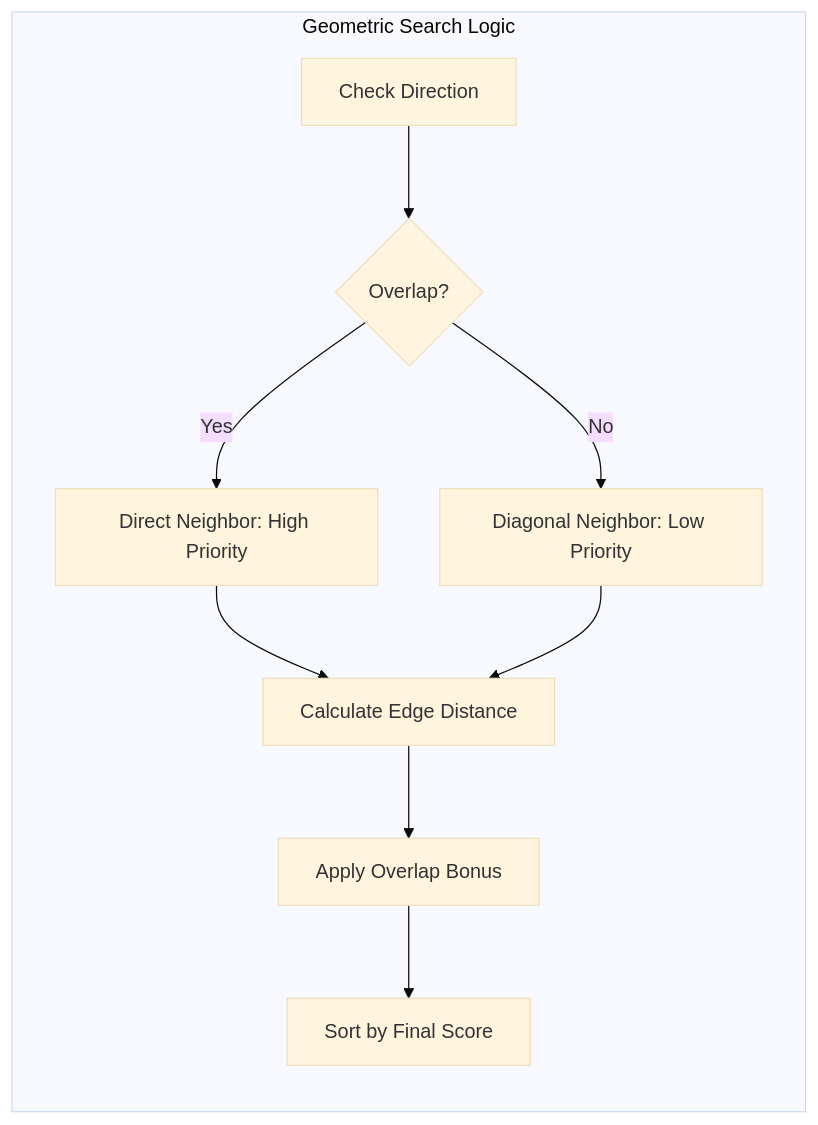
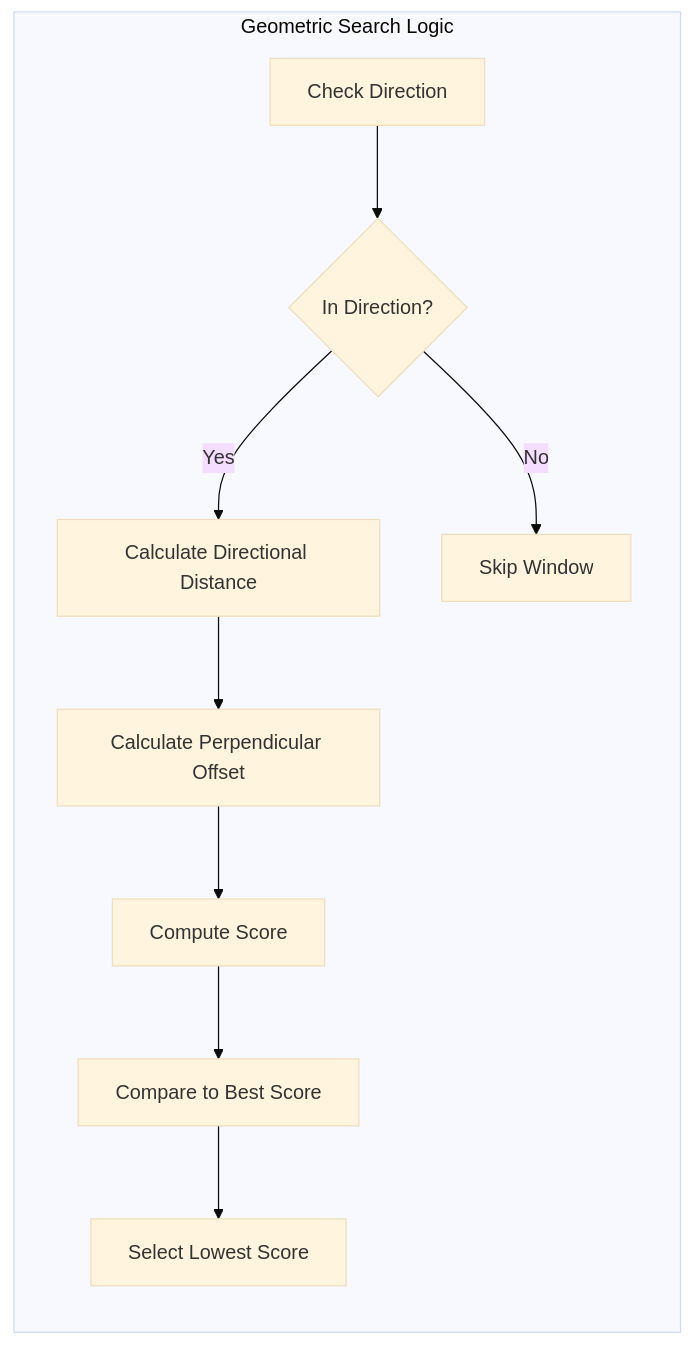
One commit to outliyr/outliyr-docs changed the diagram in outliyr-framework/docs/base-lyra-modified/ui/item-container-ui-system/geometric-navigation/geometric-algorithm.md. Above: the diagram before and after it, drawn with Mermaid (base theme). The commit also changed other lines of this file and 33 other files, not shown here.

````diff
--- a/outliyr-framework/docs/base-lyra-modified/ui/item-container-ui-system/geometric-navigation/geometric-algorithm.md
+++ b/outliyr-framework/docs/base-lyra-modified/ui/item-container-ui-system/geometric-navigation/geometric-algorithm.md
@@ -54,14 +100,13 @@
 ```mermaid
 graph LR
     subgraph Search ["Geometric Search Logic"]
-        A[Check Direction] --> B{Overlap?}
-        B -->|Yes| C[Direct Neighbor: High Priority]
-        B -->|No| D[Diagonal Neighbor: Low Priority]
-        
-        C --> E[Calculate Edge Distance]
-        D --> E
-        
-        E --> F[Apply Overlap Bonus]
-        F --> G[Sort by Final Score]
+        A[Check Direction] --> B{In Direction?}
+        B -->|Yes| C[Calculate Directional Distance]
+        B -->|No| X[Skip Window]
+
+        C --> D[Calculate Perpendicular Offset]
+        D --> E[Compute Score]
+        E --> F[Compare to Best Score]
+        F --> G[Select Lowest Score]
     end
 ```
````
